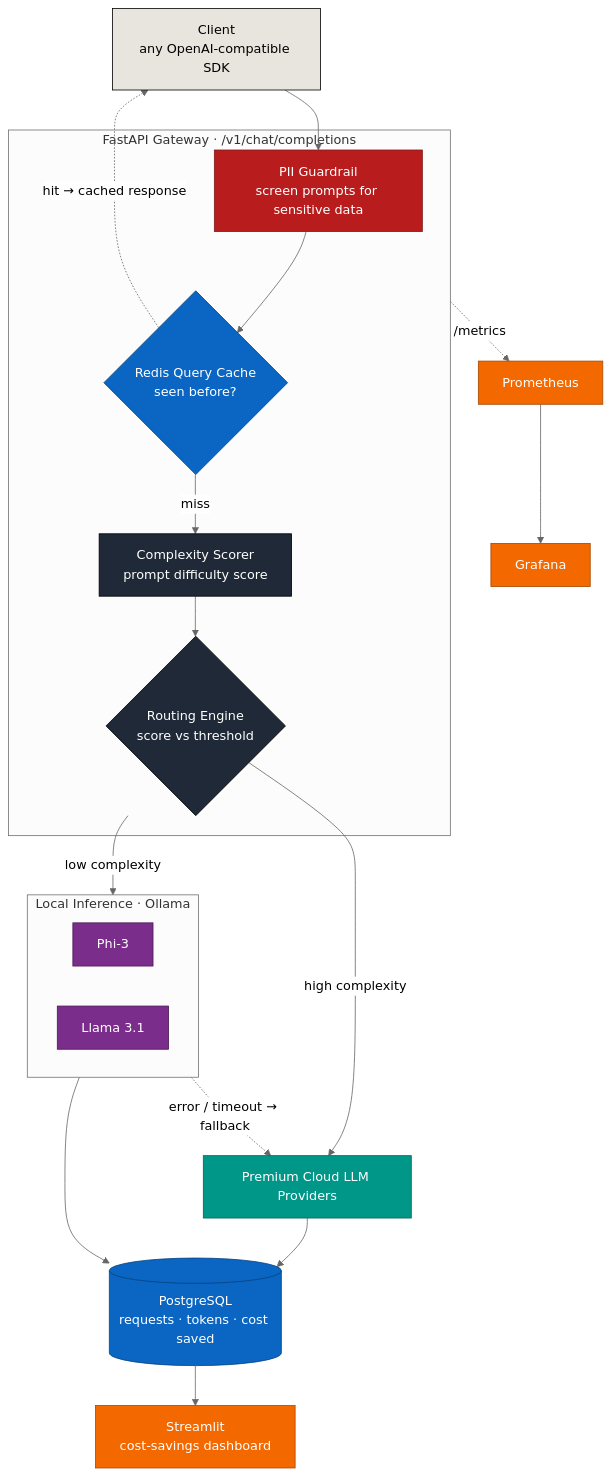
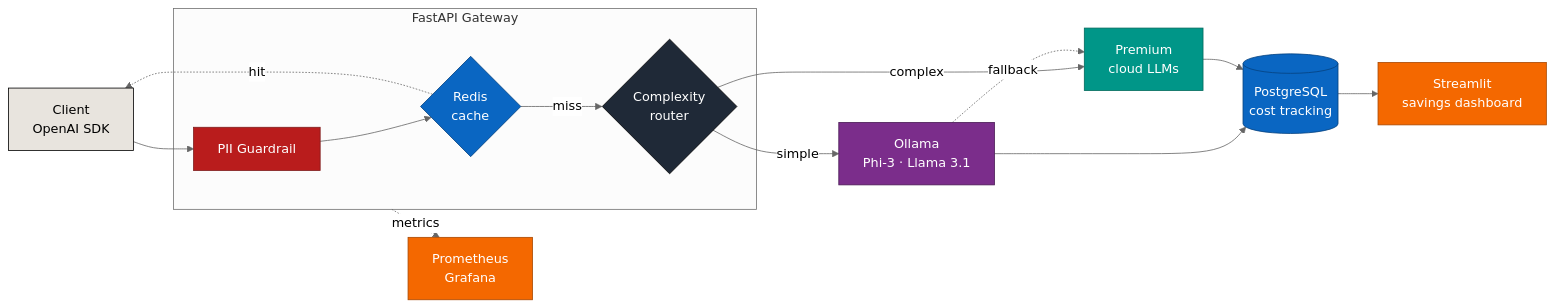
Before and after one commit to StealthyPete12/StealthyPete12: the second of 7 diagrams in README.md, drawn with Mermaid (neutral theme). The commit also changed other lines of this file, not shown here.

Commit message:
updated about me and architecture

````diff
--- a/README.md
+++ b/README.md
@@ -388,48 +348,35 @@
 ```mermaid
-flowchart TB
-    CLIENT["Client<br/>any OpenAI-compatible SDK"]
+flowchart LR
+    CLIENT["Client<br/>OpenAI SDK"]
+    subgraph GATEWAY["FastAPI Gateway"]
+        PII["PII Guardrail"] --> CACHE{"Redis<br/>cache"} -->|miss| ROUTER{"Complexity<br/>router"}
+    end
+    LOCAL["Ollama<br/>Phi-3 · Llama 3.1"]
+    CLOUD["Premium<br/>cloud LLMs"]
+    PG[("PostgreSQL<br/>cost tracking")]
+    DASH["Streamlit<br/>savings dashboard"]
+    OBS["Prometheus<br/>Grafana"]
 
-    subgraph GATEWAY["FastAPI Gateway · /v1/chat/completions"]
-        PII["PII Guardrail<br/>screen prompts for sensitive data"]
-        CACHE{"Redis Query Cache<br/>seen before?"}
-        SCORER["Complexity Scorer<br/>prompt difficulty score"]
-        ROUTER{"Routing Engine<br/>score vs threshold"}
-    end
-
-    subgraph LOCAL["Local Inference · Ollama"]
-        PHI["Phi-3"]
-        LLAMA["Llama 3.1"]
-    end
-
-    CLOUD["Premium Cloud LLM Providers"]
-    PG[("PostgreSQL<br/>requests · tokens · cost saved")]
-    DASH["Streamlit<br/>cost-savings dashboard"]
-    PROM["Prometheus"]
-    GRAF["Grafana"]
-
-    CLIENT --> PII --> CACHE
-    CACHE -.->|"hit → cached response"| CLIENT
-    CACHE -->|miss| SCORER --> ROUTER
-    ROUTER -->|low complexity| LOCAL
-    ROUTER -->|high complexity| CLOUD
-    LOCAL -.->|"error / timeout → fallback"| CLOUD
-    LOCAL --> PG
-    CLOUD --> PG
-    PG --> DASH
-    GATEWAY -.->|/metrics| PROM --> GRAF
+    CLIENT --> PII
+    CACHE -.->|hit| CLIENT
+    ROUTER -->|simple| LOCAL
+    ROUTER -->|complex| CLOUD
+    LOCAL -.->|fallback| CLOUD
+    LOCAL & CLOUD --> PG --> DASH
+    GATEWAY -.->|metrics| OBS
 
     classDef client fill:#E8E4DE,stroke:#000,color:#000
     classDef core fill:#1F2937,stroke:#000,color:#fff
     classDef security fill:#B91C1C,stroke:#7F1D1D,color:#fff
     classDef ai fill:#7B2D8B,stroke:#4A1A55,color:#fff
     classDef data fill:#0A66C2,stroke:#06427F,color:#fff
     classDef obs fill:#F46800,stroke:#A84800,color:#fff
     classDef ext fill:#009688,stroke:#00695C,color:#fff
     class CLIENT client
-    class SCORER,ROUTER core
+    class ROUTER core
     class PII security
-    class PHI,LLAMA ai
+    class LOCAL ai
     class CACHE,PG data
-    class PROM,GRAF,DASH obs
+    class OBS,DASH obs
     class CLOUD ext
 ```
````
